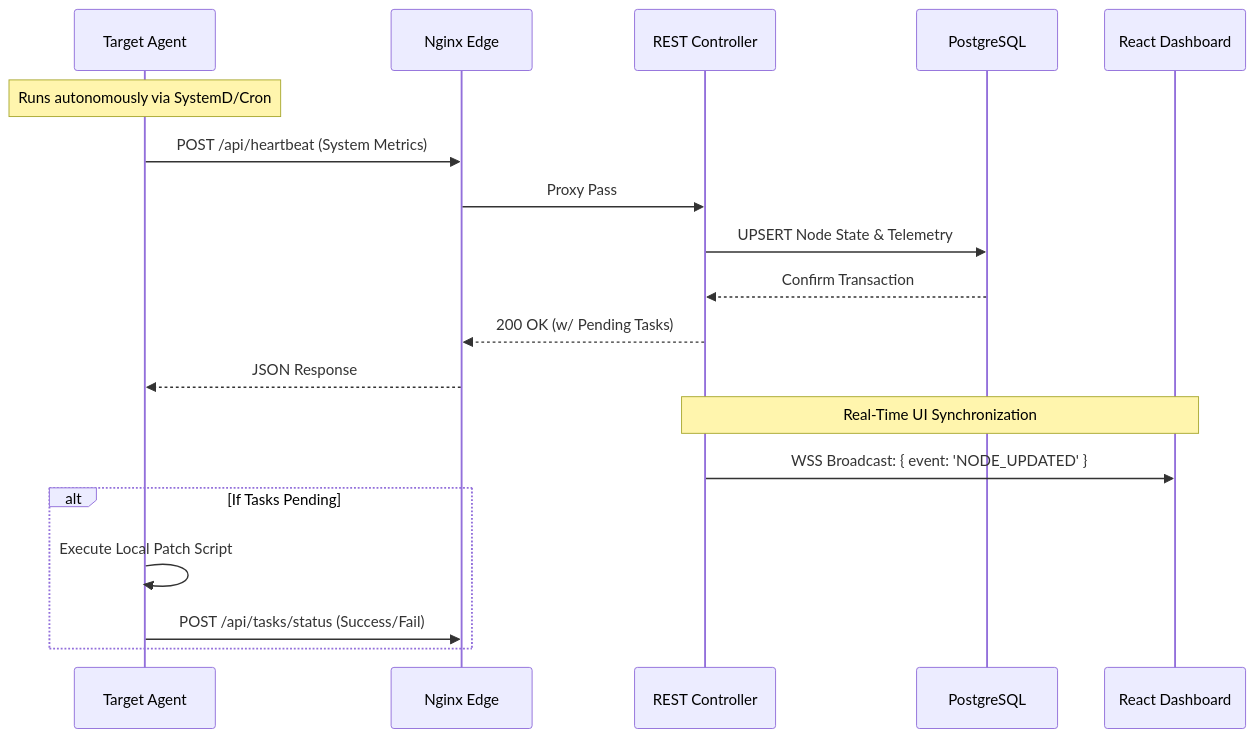
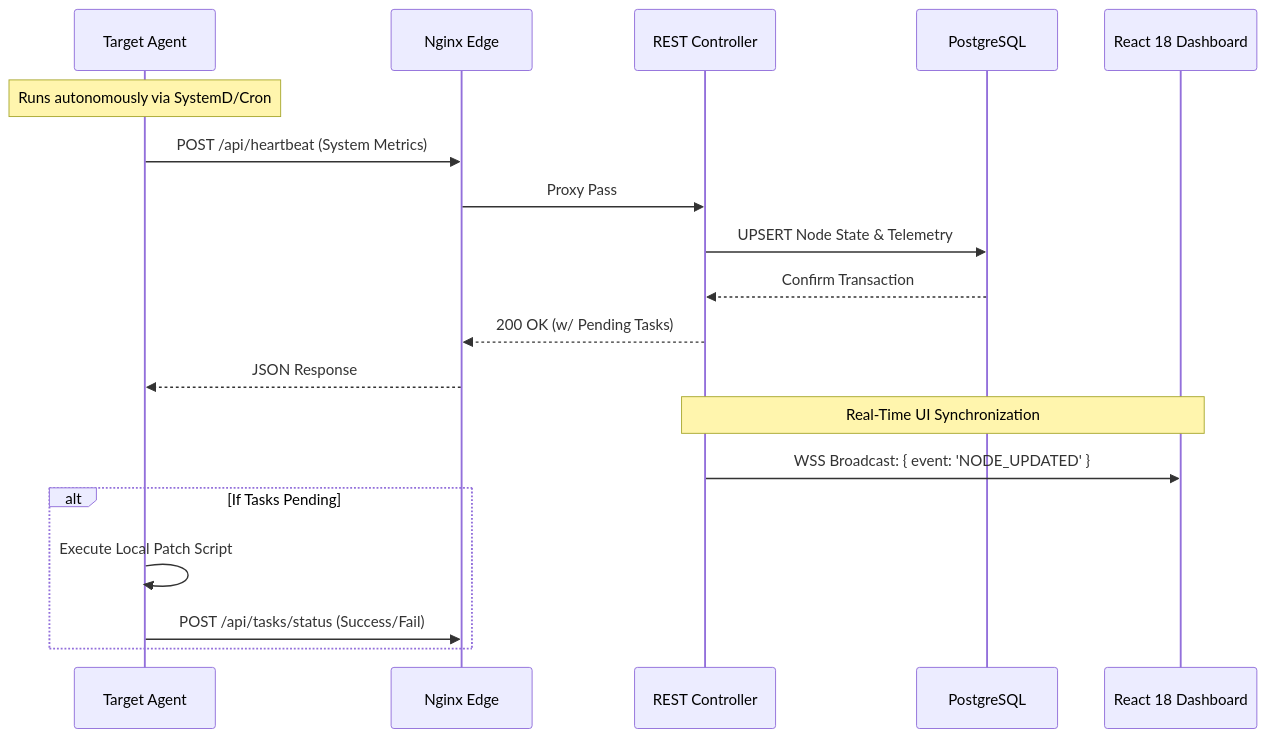
The second of 2 diagrams in README.md (patchmastertool-ai/patchmaster), drawn with Mermaid before and after one commit. The commit also changed other lines of this file, not shown here.

Commit message:
docs: Update architecture section with 100% codebase-verified frontend details

````diff
--- a/README.md
+++ b/README.md
@@ -90,24 +90,24 @@
 ```mermaid
 sequenceDiagram
     participant Agent as Target Agent
     participant Nginx as Nginx Edge
     participant API as REST Controller
     participant DB as PostgreSQL
-    participant UI as React Dashboard
+    participant UI as React 18 Dashboard
 
     Note over Agent: Runs autonomously via SystemD/Cron
     Agent->>Nginx: POST /api/heartbeat (System Metrics)
     Nginx->>API: Proxy Pass
     API->>DB: UPSERT Node State & Telemetry
     DB-->>API: Confirm Transaction
     API-->>Nginx: 200 OK (w/ Pending Tasks)
     Nginx-->>Agent: JSON Response
     
     Note over API, UI: Real-Time UI Synchronization
     API->>UI: WSS Broadcast: { event: 'NODE_UPDATED' }
     
     alt If Tasks Pending
         Agent->>Agent: Execute Local Patch Script
         Agent->>Nginx: POST /api/tasks/status (Success/Fail)
     end
 ```
````
